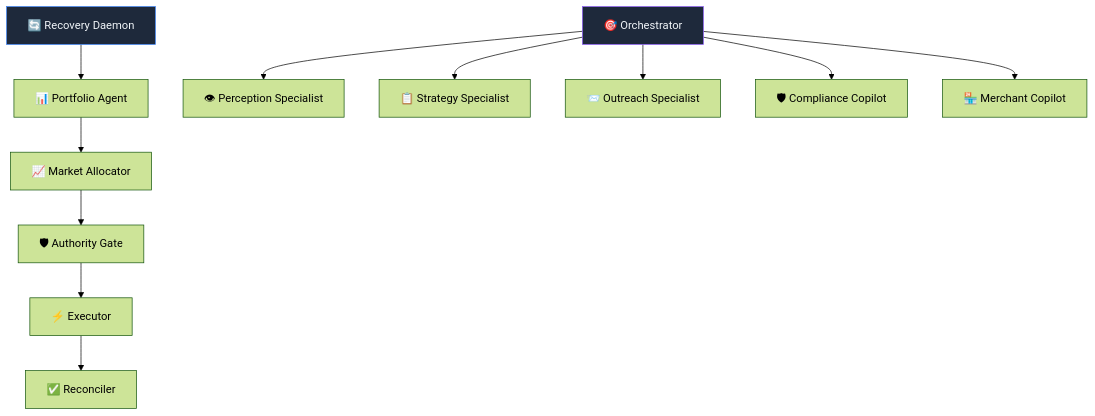
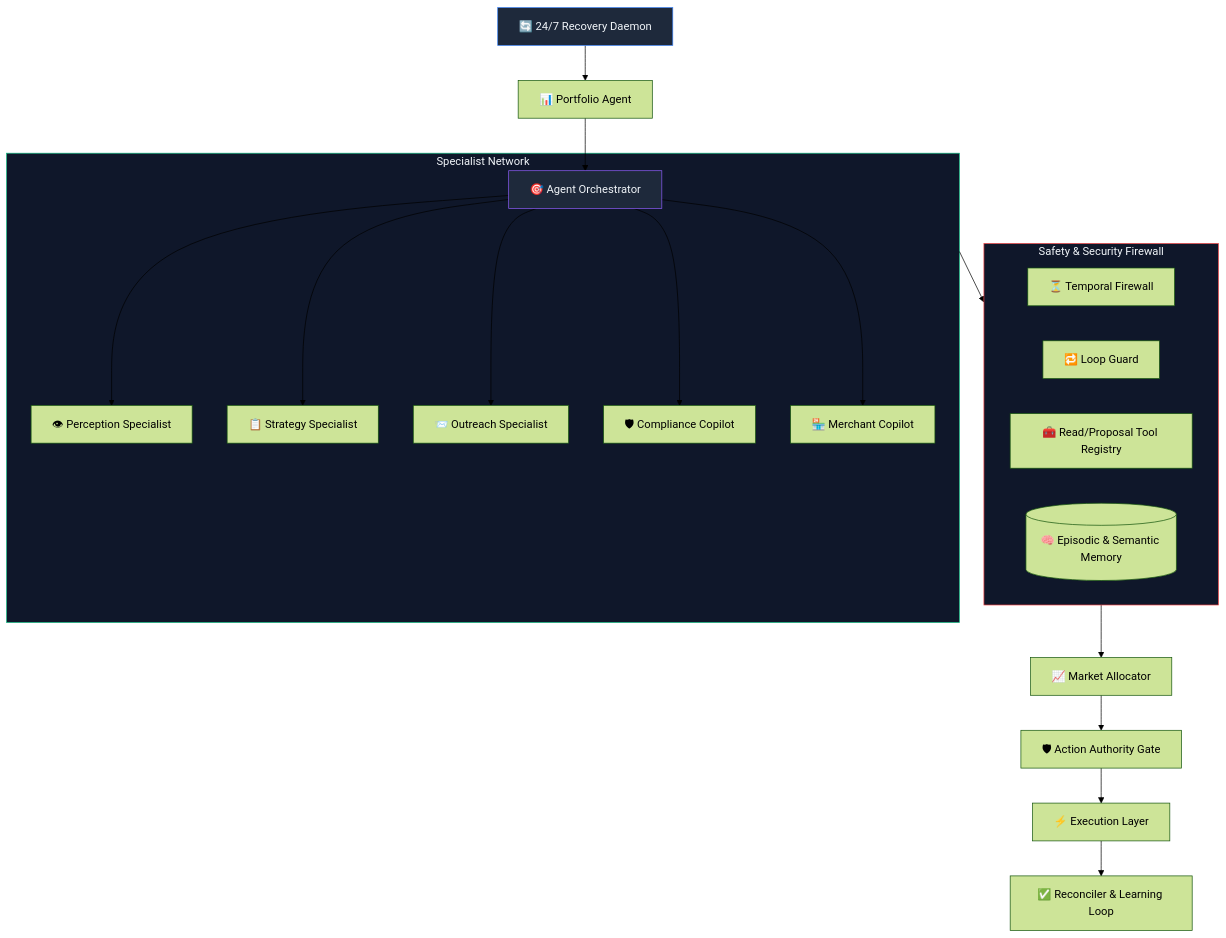
The second of 3 diagrams in README.md (Mr-Roninx/ULTRON), drawn with Mermaid (forest theme) before and after one commit. The commit also changed other lines of this file, not shown here.

Commit message:
docs: integrate strategic positioning vs Razorpay 2026 AI (Vulcan & Agent Studio), specialist network, and live money dual-mode

````diff
--- a/README.md
+++ b/README.md
@@ -370,17 +458,31 @@
 ```mermaid
 graph TD
-    D[🔄 Recovery Daemon] --> P[📊 Portfolio Agent]
-    P --> M[📈 Market Allocator]
-    M --> A[🛡 Authority Gate]
-    A --> E[⚡ Executor]
-    E --> R[✅ Reconciler]
+    D[🔄 24/7 Recovery Daemon] --> P[📊 Portfolio Agent]
+    P --> O[🎯 Agent Orchestrator]
     
-    O[🎯 Orchestrator] --> S1[👁 Perception Specialist]
-    O --> S2[📋 Strategy Specialist]
-    O --> S3[📨 Outreach Specialist]
-    O --> S4[🛡 Compliance Copilot]
-    O --> S5[🏪 Merchant Copilot]
+    subgraph Specialists ["Specialist Network"]
+        O --> S1[👁 Perception Specialist]
+        O --> S2[📋 Strategy Specialist]
+        O --> S3[📨 Outreach Specialist]
+        O --> S4[🛡 Compliance Copilot]
+        O --> S5[🏪 Merchant Copilot]
+    end
+    
+    subgraph Safeguards ["Safety & Security Firewall"]
+        TF[⏳ Temporal Firewall]
+        LG[🔁 Loop Guard]
+        TR[🧰 Read/Proposal Tool Registry]
+        MEM[(🧠 Episodic & Semantic Memory)]
+    end
+    
+    Specialists --> Safeguards
+    Safeguards --> M[📈 Market Allocator]
+    M --> A[🛡 Action Authority Gate]
+    A --> E[⚡ Execution Layer]
+    E --> R[✅ Reconciler & Learning Loop]
     
     style D fill:#1e293b,stroke:#3b82f6,color:#f1f5f9
     style O fill:#1e293b,stroke:#8b5cf6,color:#f1f5f9
+    style Safeguards fill:#0f172a,stroke:#ef4444,color:#f1f5f9
+    style Specialists fill:#0f172a,stroke:#10b981,color:#f1f5f9
 ```
````
